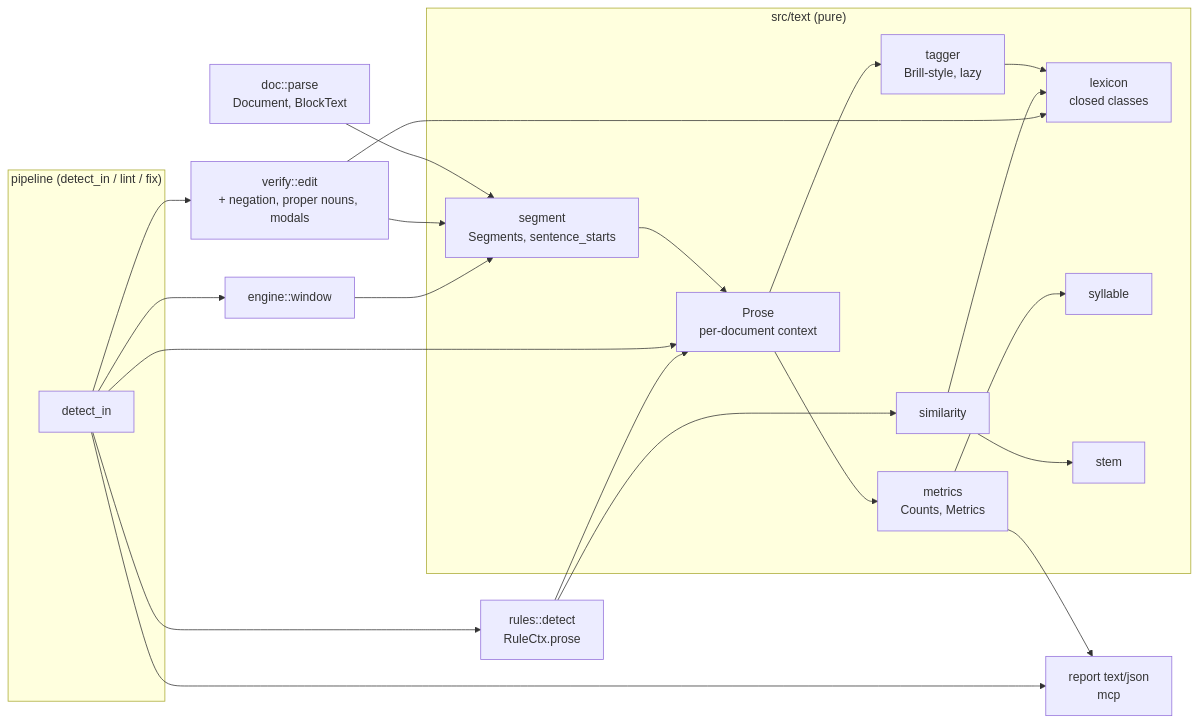
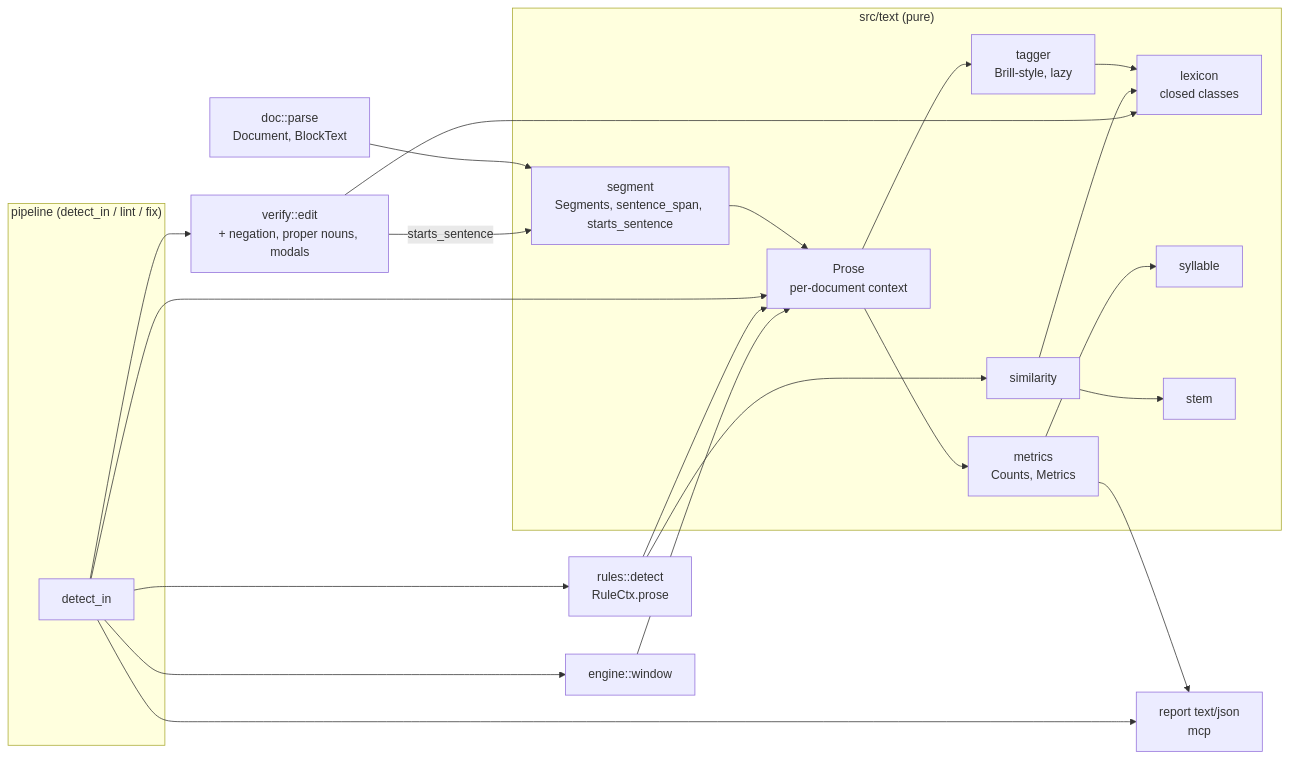
One commit to bradodarb/sloperator changed the first of 5 diagrams in docs/classical-nlp/ARCHITECTURE-classical-nlp.md. Above: the diagram before and after it, drawn with Mermaid. The commit also changed other lines of this file and 6 other files, not shown here.

Commit message:
aegis(classical-nlp): architecture approved

````diff
--- a/docs/classical-nlp/ARCHITECTURE-classical-nlp.md
+++ b/docs/classical-nlp/ARCHITECTURE-classical-nlp.md
@@ -74,35 +75,35 @@
 ```mermaid
 flowchart LR
   subgraph pipeline["pipeline (detect_in / lint / fix)"]
     DI[detect_in]
   end
   DOC[doc::parse<br/>Document, BlockText] --> SEG
   subgraph text["src/text (pure)"]
-    SEG[segment<br/>Segments, sentence_starts]
+    SEG[segment<br/>Segments, sentence_span, starts_sentence]
     LEX[lexicon<br/>closed classes]
     SYL[syllable]
     MET[metrics<br/>Counts, Metrics]
     TAG[tagger<br/>Brill-style, lazy]
     STEM[stem]
     SIM[similarity]
     PROSE[Prose<br/>per-document context]
   end
   SEG --> PROSE
   PROSE --> MET
   PROSE --> TAG
   MET --> SYL
   TAG --> LEX
   SIM --> STEM
   SIM --> LEX
   DI --> PROSE
   DI --> RULES[rules::detect<br/>RuleCtx.prose]
   RULES --> PROSE
   RULES --> SIM
   DI --> VER[verify::edit<br/>+ negation, proper nouns, modals]
-  VER --> SEG
+  VER -->|starts_sentence| SEG
   VER --> LEX
-  WIN[engine::window] --> SEG
+  WIN[engine::window] --> PROSE
   DI --> WIN
   DI --> REP[report text/json<br/>mcp]
   MET --> REP
 ```
````
